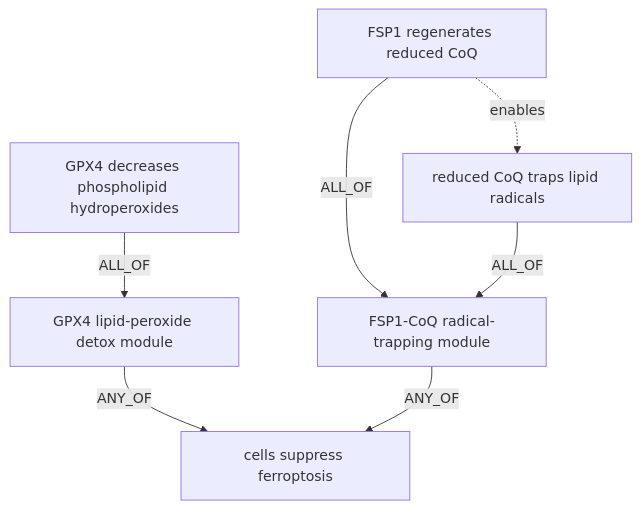
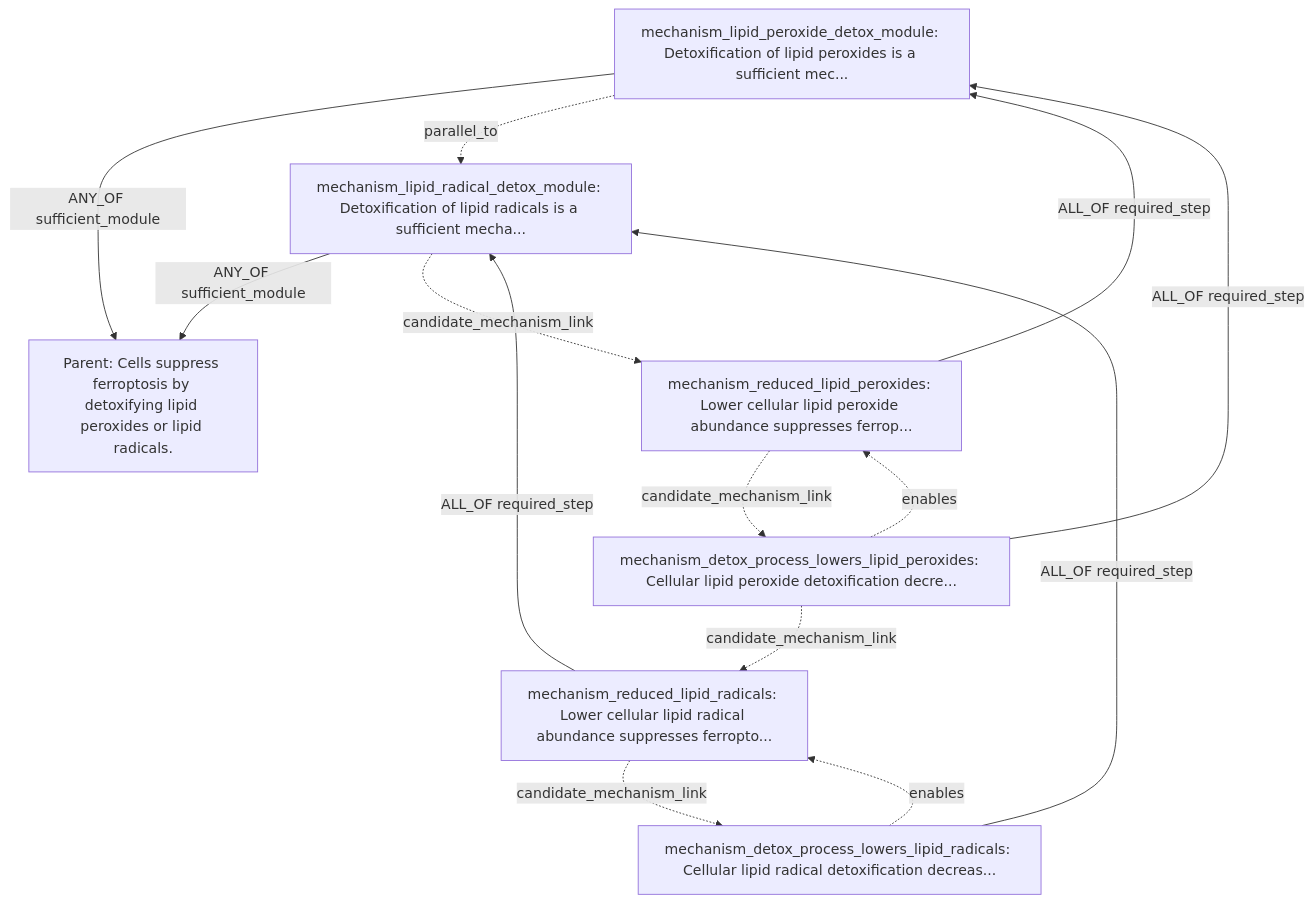
The fourth of 12 diagrams in LLM_STEP0_CANDIDATE_CLAIM_DAG_EXAMPLES_20260602.md (eliannaqk/bioKG), drawn with Mermaid before and after one commit. The commit also changed other lines of this file, not shown here.

Commit message:
Update live Step0 claim DAG examples

````diff
--- a/LLM_STEP0_CANDIDATE_CLAIM_DAG_EXAMPLES_20260602.md
+++ b/LLM_STEP0_CANDIDATE_CLAIM_DAG_EXAMPLES_20260602.md
@@ -220,16 +383,25 @@
 ```mermaid
 flowchart TD
-  P["cells suppress ferroptosis"]
-  GPM["GPX4 lipid-peroxide detox module"]
-  FCM["FSP1-CoQ radical-trapping module"]
-  GPX4["GPX4 decreases phospholipid hydroperoxides"]
-  FSP1["FSP1 regenerates reduced CoQ"]
-  COQ["reduced CoQ traps lipid radicals"]
+  P["Parent: Cells suppress ferroptosis by detoxifying lipid peroxides or lipid radicals."]
+  N1["mechanism_lipid_peroxide_detox_module: Detoxification of lipid peroxides is a sufficient mec..."]
+  N2["mechanism_lipid_radical_detox_module: Detoxification of lipid radicals is a sufficient mecha..."]
+  N3["mechanism_reduced_lipid_peroxides: Lower cellular lipid peroxide abundance suppresses ferrop..."]
+  N4["mechanism_detox_process_lowers_lipid_peroxides: Cellular lipid peroxide detoxification decre..."]
+  N5["mechanism_reduced_lipid_radicals: Lower cellular lipid radical abundance suppresses ferropto..."]
+  N6["mechanism_detox_process_lowers_lipid_radicals: Cellular lipid radical detoxification decreas..."]
 
-  GPM -- "ANY_OF" --> P
-  FCM -- "ANY_OF" --> P
-  GPX4 -- "ALL_OF" --> GPM
-  FSP1 -- "ALL_OF" --> FCM
-  COQ -- "ALL_OF" --> FCM
-  FSP1 -. "enables" .-> COQ
+  N1 -- "ANY_OF sufficient_module" --> P
+  N2 -- "ANY_OF sufficient_module" --> P
+  N4 -- "ALL_OF required_step" --> N1
+  N3 -- "ALL_OF required_step" --> N1
+  N6 -- "ALL_OF required_step" --> N2
+  N5 -- "ALL_OF required_step" --> N2
+
+  N4 -. "enables" .-> N3
+  N6 -. "enables" .-> N5
+  N1 -. "parallel_to" .-> N2
+  N2 -. "candidate_mechanism_link" .-> N3
+  N3 -. "candidate_mechanism_link" .-> N4
+  N4 -. "candidate_mechanism_link" .-> N5
+  N5 -. "candidate_mechanism_link" .-> N6
 ```
````
